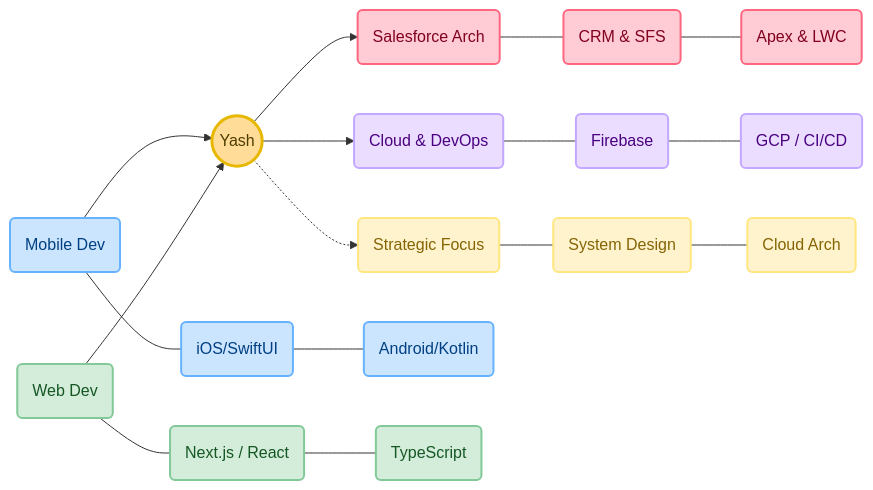
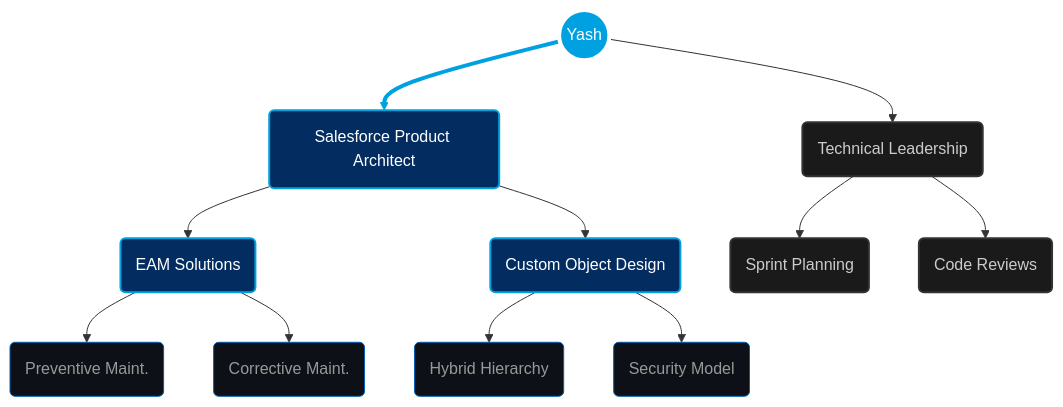
The diagram in README.md (Yashraghuvans/Yashraghuvans), drawn with Mermaid before and after one commit. The commit also changed other lines of this file, not shown here.

````diff
--- a/README.md
+++ b/README.md
@@ -160,47 +120,29 @@
 ```mermaid
-graph LR
+graph TD
     %% Central Node
     Root((Yash)):::root
 
-    %% LEFT SIDE (Foundational Engineering)
-    %% Arrows point TO Yash to force them Left
-    Mob(Mobile Dev):::mobile --> Root
-    Web(Web Dev):::web --> Root
+    %% Primary Focus (Salesforce)
+    Root ==> SF(Salesforce Product Architect):::salesforce
+    SF --> EAM(EAM Solutions):::salesforce
+    SF --> Arch(Custom Object Design):::salesforce
+    
+    %% Details
+    EAM --> PM(Preventive Maint.):::sub
+    EAM --> CM(Corrective Maint.):::sub
+    Arch --> Hier(Hybrid Hierarchy):::sub
+    Arch --> Sec(Security Model):::sub
 
-    %% RIGHT SIDE (Professional & Architecture)
-    %% Arrows point FROM Yash to force them Right
-    Root --> SF(Salesforce Arch):::salesforce
-    Root --> Cloud(Cloud & DevOps):::cloud
+    %% Secondary Focus (Leadership)
+    Root --> Lead(Technical Leadership):::leadership
+    Lead --> Sprint(Sprint Planning):::leadership
+    Lead --> Review(Code Reviews):::leadership
 
-    %% BOTTOM / CENTER (Strategic Focus)
-    %% Linked specifically to appear distinct
-    Root -.-> Learn(Strategic Focus):::learning
-
-    %% --- DETAILS (Vertical lists attached to branches) ---
+    %% Styles for Salesforce Blue Theme
+    classDef root fill:#00A1E0,stroke:#ffffff,stroke-width:4px,color:#ffffff,rx:15px,ry:15px;
+    classDef salesforce fill:#032D60,stroke:#00A1E0,stroke-width:2px,color:#ffffff,rx:5px,ry:5px;
+    classDef leadership fill:#1a1a1a,stroke:#333333,stroke-width:2px,color:#cccccc,rx:5px,ry:5px;
+    classDef sub fill:#0d1117,stroke:#005FB2,stroke-width:1px,color:#999999,rx:5px,ry:5px;
     
-    %% Left Branch Details
-    Mob --- M1(iOS/SwiftUI):::mobile
-    M1 --- M2(Android/Kotlin):::mobile
-    
-    Web --- W1(Next.js / React):::web
-    W1 --- W2(TypeScript):::web
-
-    %% Right Branch Details
-    SF --- S1(CRM & SFS):::salesforce
-    S1 --- S2(Apex & LWC):::salesforce
-
-    Cloud --- C1(Firebase):::cloud
-    C1 --- C2(GCP / CI/CD):::cloud
-
-    %% Bottom Branch Details
-    Learn --- L1(System Design):::learning
-    L1 --- L2(Cloud Arch):::learning
-
-    %% Charming Color Palette
-    classDef root fill:#ffdd99,stroke:#e6b800,stroke-width:3px,color:#4d3d00,rx:15px,ry:15px;
-    classDef salesforce fill:#ffccd5,stroke:#ff6680,stroke-width:2px,color:#800020,rx:5px,ry:5px;
-    classDef mobile fill:#cce5ff,stroke:#66b2ff,stroke-width:2px,color:#004080,rx:5px,ry:5px;
-    classDef web fill:#d4edda,stroke:#82c998,stroke-width:2px,color:#155724,rx:5px,ry:5px;
-    classDef cloud fill:#eaddff,stroke:#c4a7ff,stroke-width:2px,color:#4a0080,rx:5px,ry:5px;
-    classDef learning fill:#fff3cd,stroke:#ffe680,stroke-width:2px,color:#856404,rx:5px,ry:5px;
+    linkStyle 0 stroke:#00A1E0,stroke-width:4px;
 ```
````
